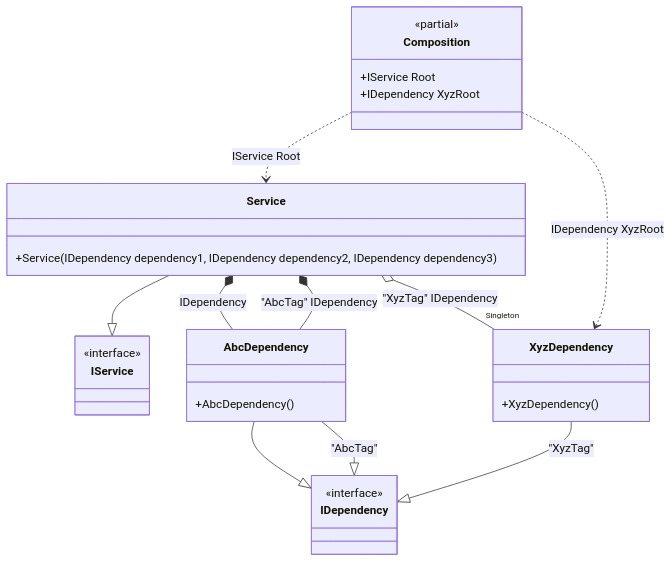
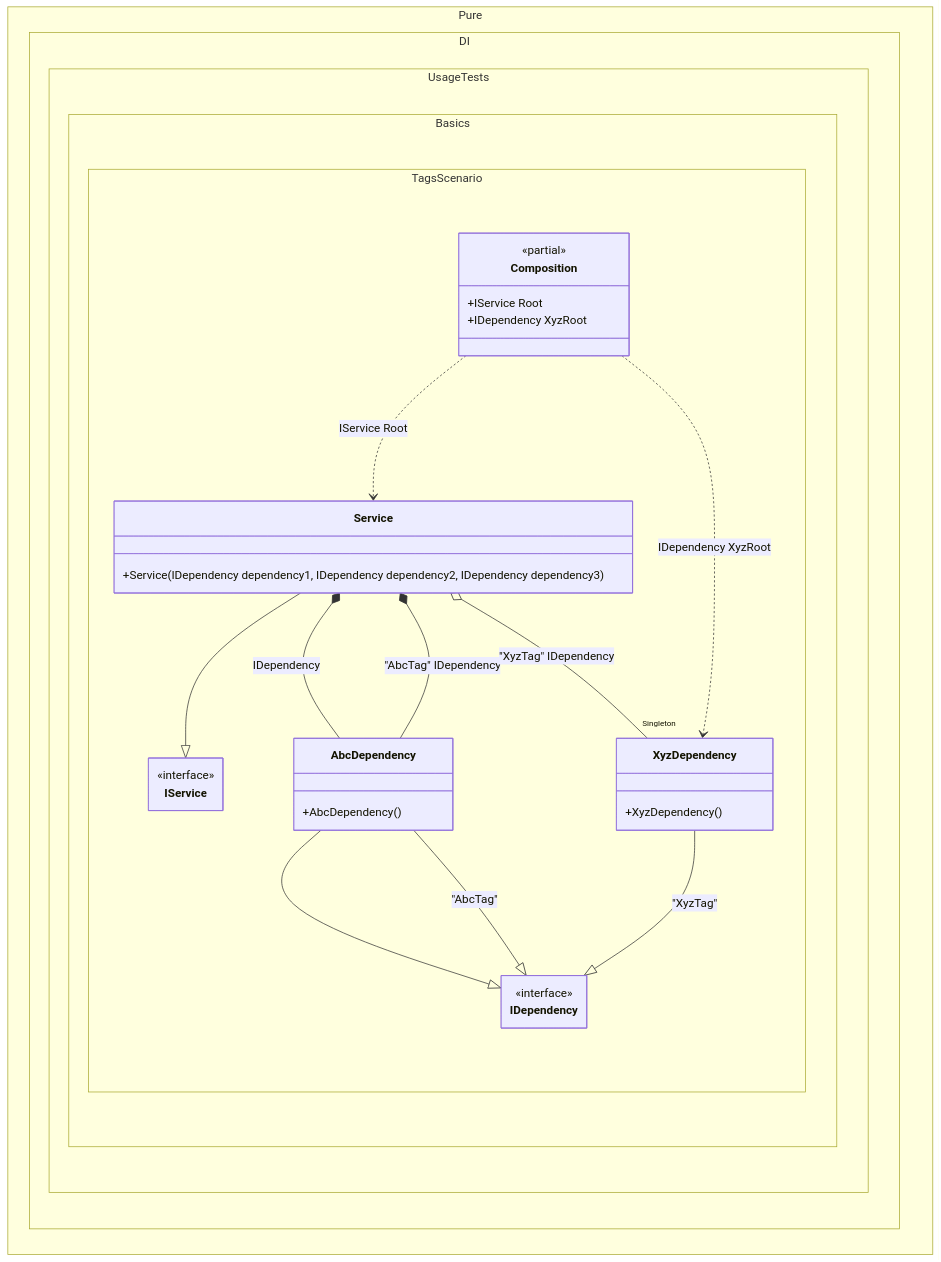
The diagram in readme/tags.md (DevTeam/Pure.DI), drawn with Mermaid before and after one commit. The commit also changed 103 other files, not shown here.

Commit message:
Improved class diagrams

````diff
--- a/readme/tags.md
+++ b/readme/tags.md
@@ -129,32 +129,39 @@
 ```mermaid
+---
+ config:
+  class:
+   hideEmptyMembersBox: true
+---
 classDiagram
-	class Composition {
-		<<partial>>
-		+IService Root
-		+IDependency XyzRoot
-	}
 	Service --|> IService
-	class Service {
-		+Service(IDependency dependency1, IDependency dependency2, IDependency dependency3)
-	}
 	XyzDependency --|> IDependency : "XyzTag" 
-	class XyzDependency {
-		+XyzDependency()
-	}
 	AbcDependency --|> IDependency : "AbcTag" 
 	AbcDependency --|> IDependency
-	class AbcDependency {
-		+AbcDependency()
-	}
-	class IService {
-		<<interface>>
-	}
-	class IDependency {
-		<<interface>>
-	}
 	Composition ..> Service : IService Root
 	Composition ..> XyzDependency : IDependency XyzRoot
 	Service *--  AbcDependency : "AbcTag"  IDependency
 	Service o-- "Singleton" XyzDependency : "XyzTag"  IDependency
 	Service *--  AbcDependency : IDependency
+	namespace Pure.DI.UsageTests.Basics.TagsScenario {
+		class AbcDependency {
+			+AbcDependency()
+		}
+		class Composition {
+		<<partial>>
+		+IService Root
+		+IDependency XyzRoot
+		}
+		class IDependency {
+			<<interface>>
+		}
+		class IService {
+			<<interface>>
+		}
+		class Service {
+			+Service(IDependency dependency1, IDependency dependency2, IDependency dependency3)
+		}
+		class XyzDependency {
+			+XyzDependency()
+		}
+	}
 ```
````
